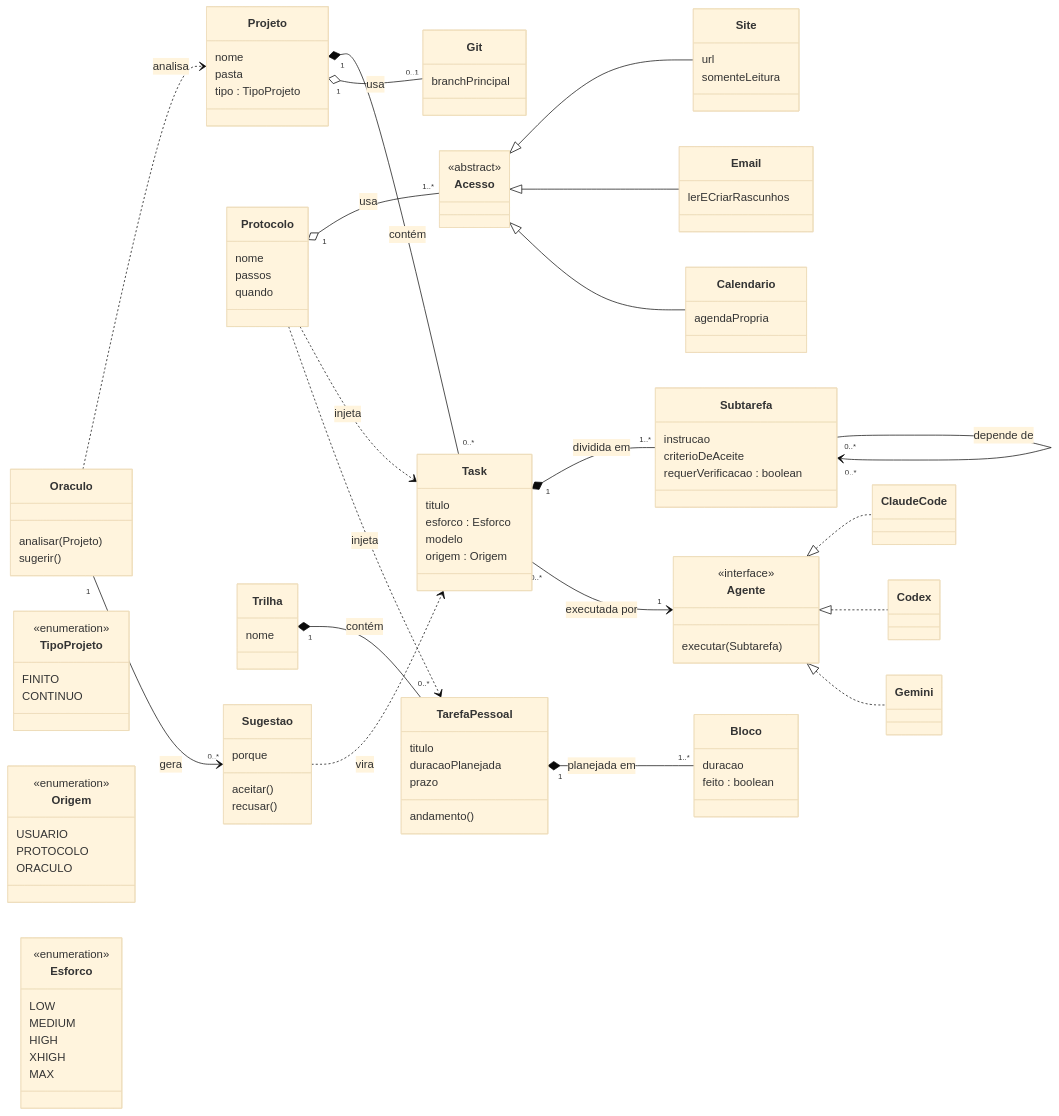
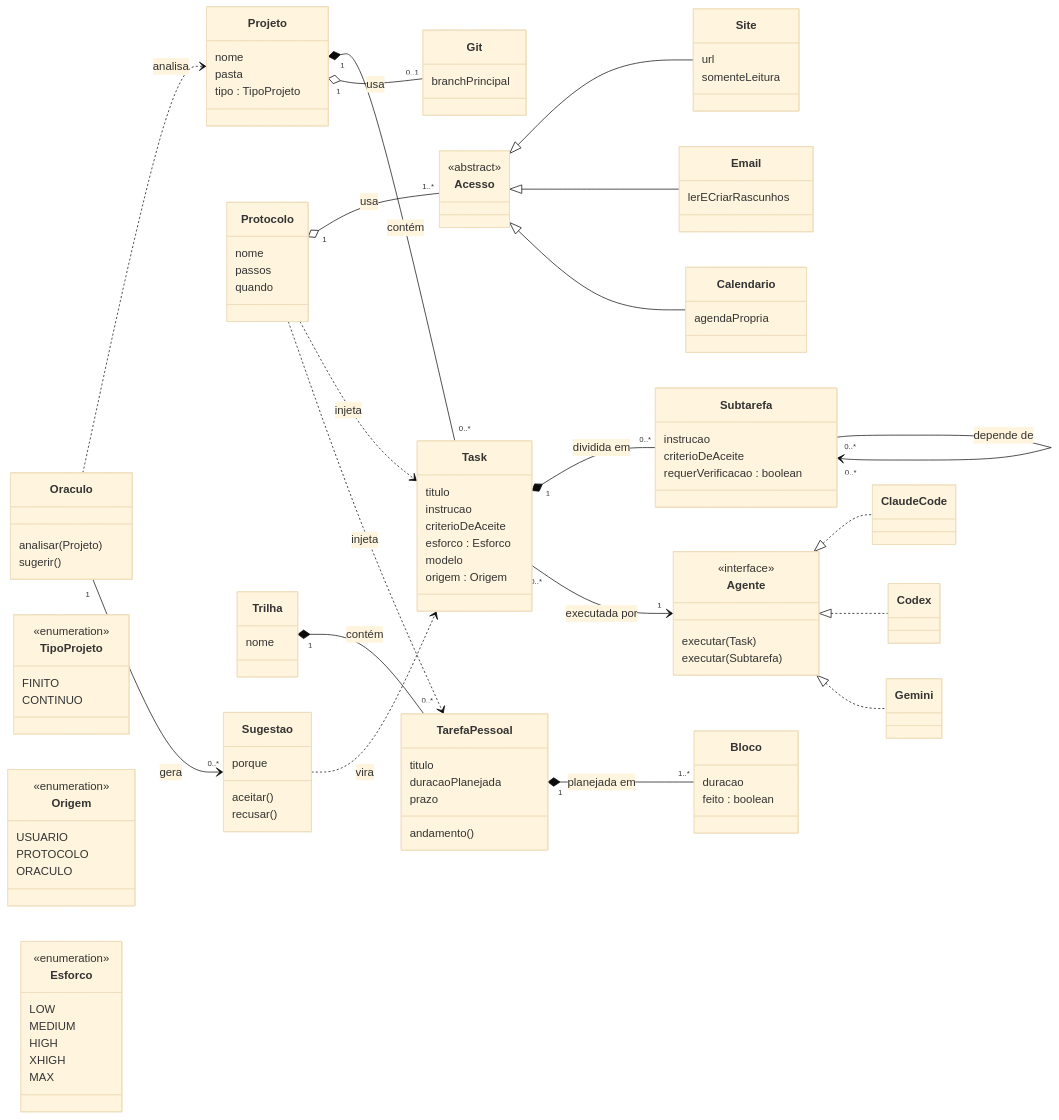
One commit to luanfrombrazil/overtime-dispatcher changed the first of 5 diagrams in docs/diagramas.md. Above: the diagram before and after it, drawn with Mermaid (base theme). The commit also changed other lines of this file and 8 other files, not shown here.

```diff
--- a/docs/diagramas.md
+++ b/docs/diagramas.md
@@ -20,6 +20,8 @@
     }
     class Task {
         titulo
+        instrucao
+        criterioDeAceite
         esforco : Esforco
         modelo
         origem : Origem
@@ -71,6 +73,7 @@
     }
     class Agente {
         <<interface>>
+        executar(Task)
         executar(Subtarefa)
     }
     class ClaudeCode
@@ -99,7 +102,7 @@
 
     Projeto "1" *-- "0..*" Task : contém
     Projeto "1" o-- "0..1" Git : usa
-    Task "1" *-- "1..*" Subtarefa : dividida em
+    Task "1" *-- "0..*" Subtarefa : dividida em
     Subtarefa "0..*" --> "0..*" Subtarefa : depende de
     Task "0..*" --> "1" Agente : executada por
 
```
